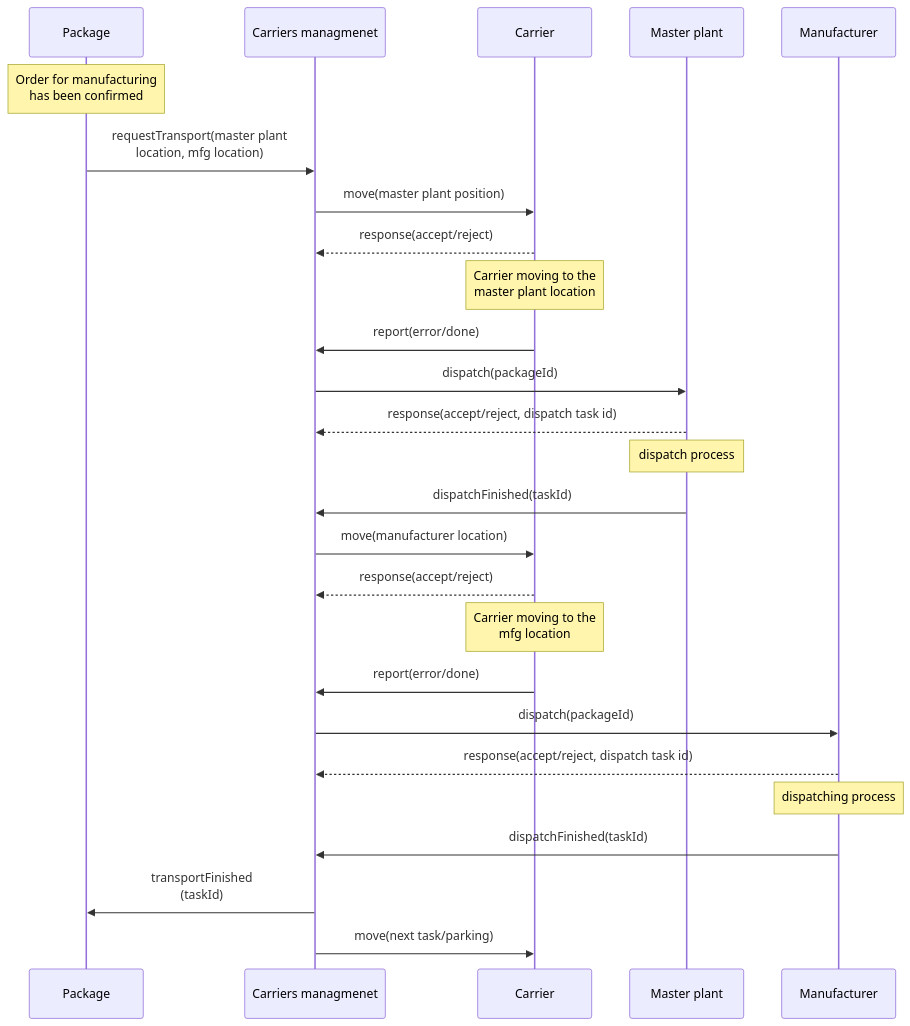
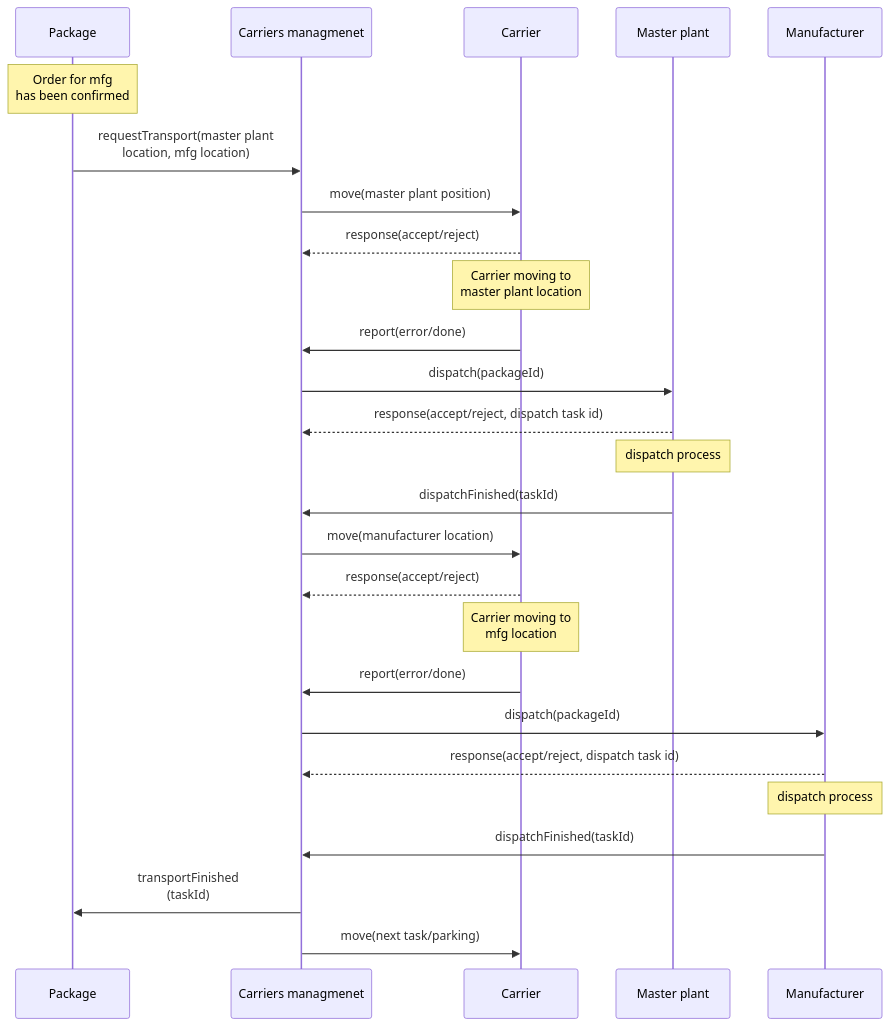
The second of 2 diagrams in README.md (fsprojekti/shr-mfg-platform), drawn with Mermaid before and after one commit.

````diff
--- a/README.md
+++ b/README.md
@@ -75,32 +75,32 @@
 ```mermaid
 
 sequenceDiagram
 participant P as Package
-    Note over P: Order for manufacturing <br>has been confirmed
+    Note over P: Order for mfg <br>has been confirmed
 participant C as Carriers managmenet
 participant A as Carrier
 participant O as Master plant 
 participant M as Manufacturer 
 
 P->>C: requestTransport(master plant <br>location, mfg location)
 C->>A: move(master plant position)
 A-->>C: response(accept/reject)
-Note over A: Carrier moving to the <br>master plant location
+Note over A: Carrier moving to <br>master plant location
 A->>C: report(error/done)
 C->>O: dispatch(packageId)
 O-->>C: response(accept/reject, dispatch task id)
 Note over O: dispatch process
 O->>C: dispatchFinished(taskId)
 C->>A: move(manufacturer location)
 
 A-->>C: response(accept/reject)
-Note over A: Carrier moving to the <br>mfg location
+Note over A: Carrier moving to <br>mfg location
 A->>C: report(error/done)
 C->>M: dispatch(packageId)
 M-->>C: response(accept/reject, dispatch task id)
-Note over M: dispatching process
+Note over M: dispatch process
 M->>C: dispatchFinished(taskId)
 C->>P: transportFinished <br>(taskId)
 C->>A: move(next task/parking)
 
 ```
````
